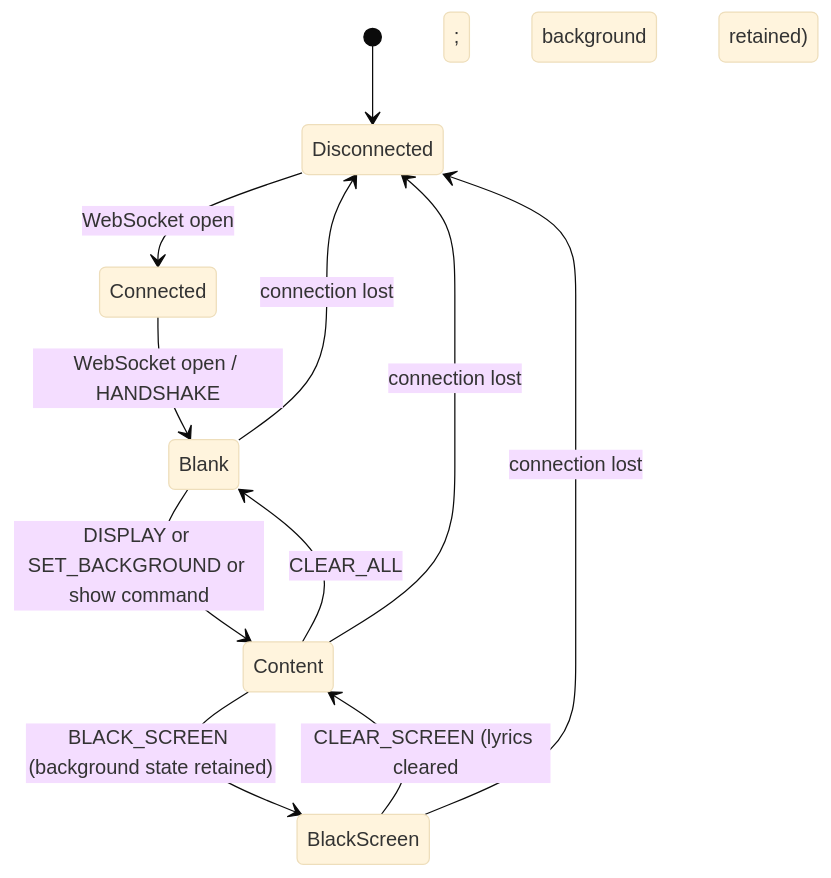
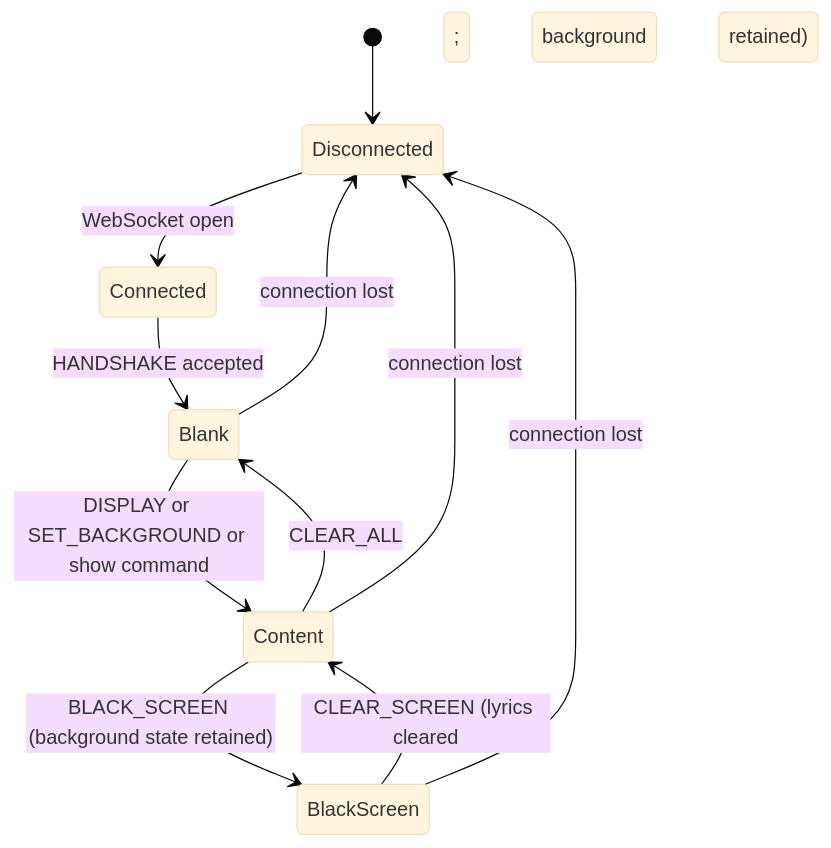
The third of 5 diagrams in PROTOCOL.md (kratostheslayerofgod-cell/LyricsPresenter), drawn with Mermaid (base theme) before and after one commit. The commit also changed other lines of this file and 29 other files, not shown here.

````diff
--- a/PROTOCOL.md
+++ b/PROTOCOL.md
@@ -211,13 +275,13 @@
 ```mermaid
 stateDiagram-v2
     [*] --> Disconnected
     Disconnected --> Connected: WebSocket open
-    Connected --> Blank: WebSocket open / HANDSHAKE
+    Connected --> Blank: HANDSHAKE accepted
     Blank --> Content: DISPLAY or SET_BACKGROUND or show command
     Content --> BlackScreen: BLACK_SCREEN (background state retained)
     BlackScreen --> Content: CLEAR_SCREEN (lyrics cleared; background retained)
     Content --> Blank: CLEAR_ALL
     Blank --> Disconnected: connection lost
     Content --> Disconnected: connection lost
     BlackScreen --> Disconnected: connection lost
 ```
````
